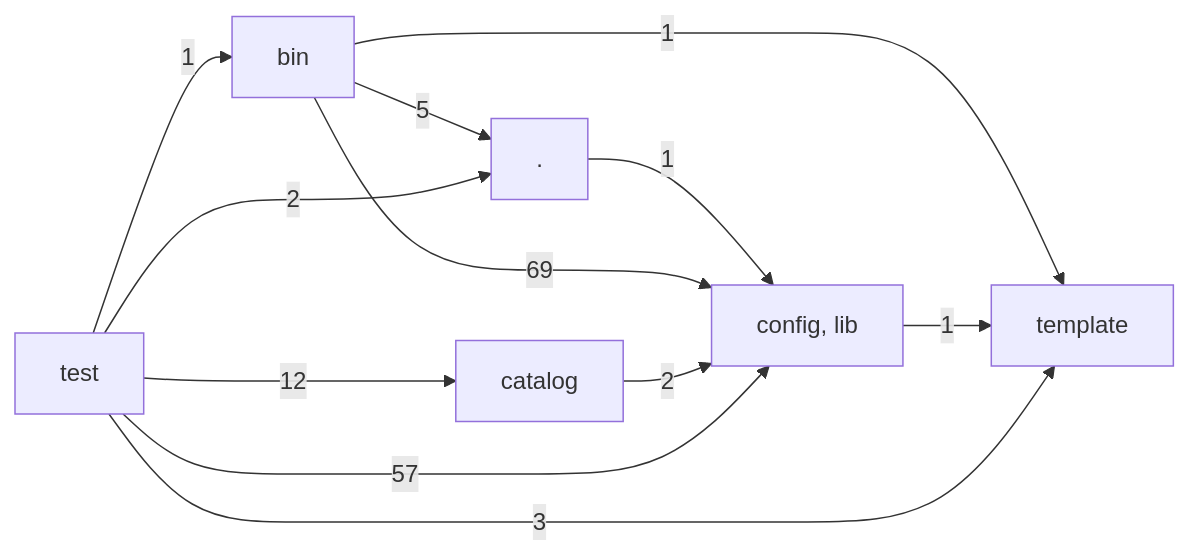
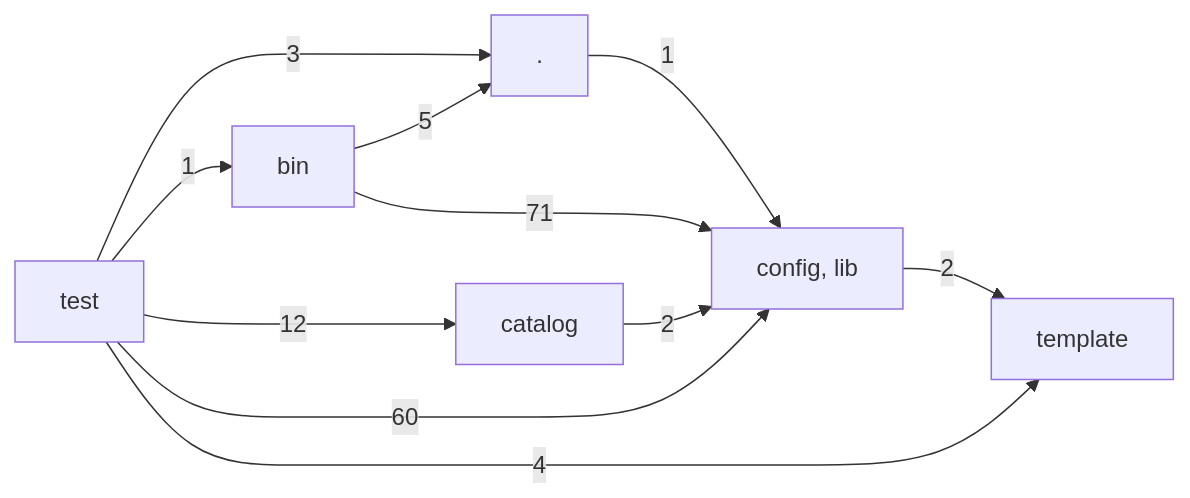
Before and after one commit to hackersandwizards/scaffolding: the diagram in docs/architecture/layers.md, drawn with Mermaid. The commit also changed 6 other files, not shown here.

````diff
--- a/docs/architecture/layers.md
+++ b/docs/architecture/layers.md
@@ -3,20 +3,19 @@
 ```mermaid
 graph LR
   L0["."]
   L1["bin"]
   L2["catalog"]
   L3["config, lib"]
   L4["template"]
   L5["test"]
   L0 -->|1| L3
   L1 -->|5| L0
-  L1 -->|69| L3
-  L1 -->|1| L4
+  L1 -->|71| L3
   L2 -->|2| L3
-  L3 -->|1| L4
-  L5 -->|2| L0
+  L3 -->|2| L4
+  L5 -->|3| L0
   L5 -->|1| L1
   L5 -->|12| L2
-  L5 -->|57| L3
-  L5 -->|3| L4
+  L5 -->|60| L3
+  L5 -->|4| L4
 ```
````
